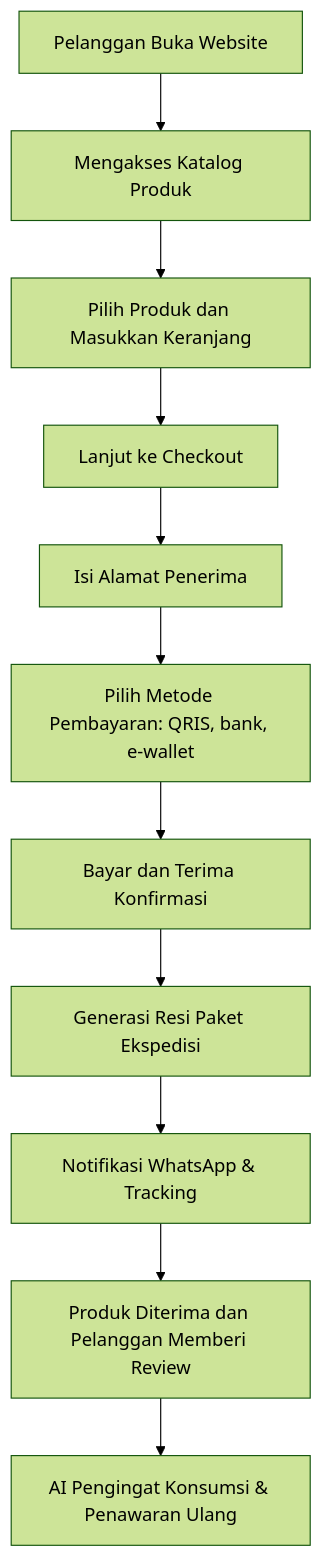
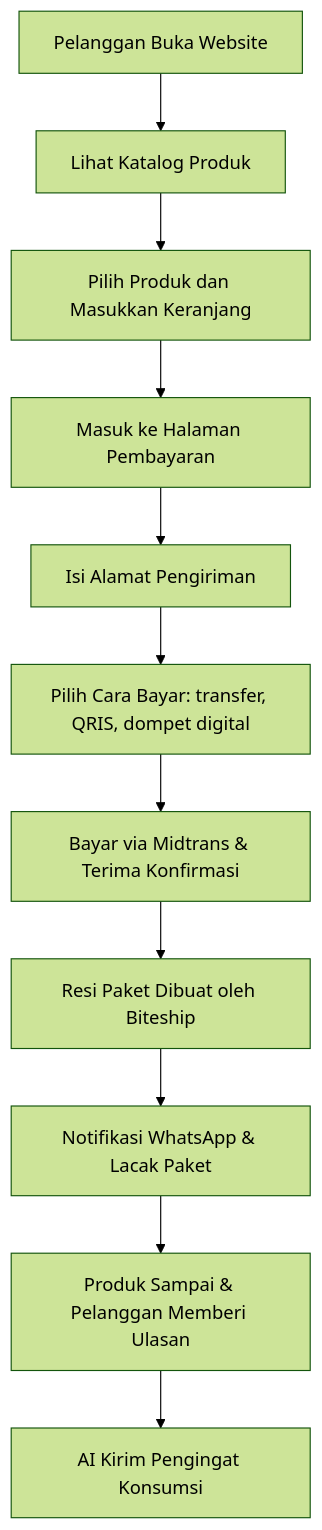
Before and after one commit to FathurRozzaq/perancangan-sistem-toko-online-obat: the diagram in prd-website-toko-obat-online/06-model-toko-online.md, drawn with Mermaid (forest theme). The commit also changed other lines of this file and 1 other file, not shown here.

Commit message:
Revise telemedicine model documentation: enhance clarity on patient registration, service catalog, and payment processes; update descriptions for Midtrans and Biteship integration.

````diff
--- a/prd-website-toko-obat-online/06-model-toko-online.md
+++ b/prd-website-toko-obat-online/06-model-toko-online.md
@@ -33,13 +36,13 @@
 ```mermaid
 flowchart TD
-A[Pelanggan Buka Website] --> B[Mengakses Katalog Produk]
+A[Pelanggan Buka Website] --> B[Lihat Katalog Produk]
 B --> C[Pilih Produk dan Masukkan Keranjang]
-C --> D[Lanjut ke Checkout]
-D --> E[Isi Alamat Penerima]
-E --> F[Pilih Metode Pembayaran: QRIS, bank, e-wallet]
-F --> G[Bayar dan Terima Konfirmasi]
-G --> H[Generasi Resi Paket Ekspedisi]
-H --> I[Notifikasi WhatsApp & Tracking]
-I --> J[Produk Diterima dan Pelanggan Memberi Review]
-J --> K[AI Pengingat Konsumsi & Penawaran Ulang]
+C --> D[Masuk ke Halaman Pembayaran]
+D --> E[Isi Alamat Pengiriman]
+E --> F[Pilih Cara Bayar: transfer, QRIS, dompet digital]
+F --> G[Bayar via Midtrans & Terima Konfirmasi]
+G --> H[Resi Paket Dibuat oleh Biteship]
+H --> I[Notifikasi WhatsApp & Lacak Paket]
+I --> J[Produk Sampai & Pelanggan Memberi Ulasan]
+J --> K[AI Kirim Pengingat Konsumsi]
 ```
````
